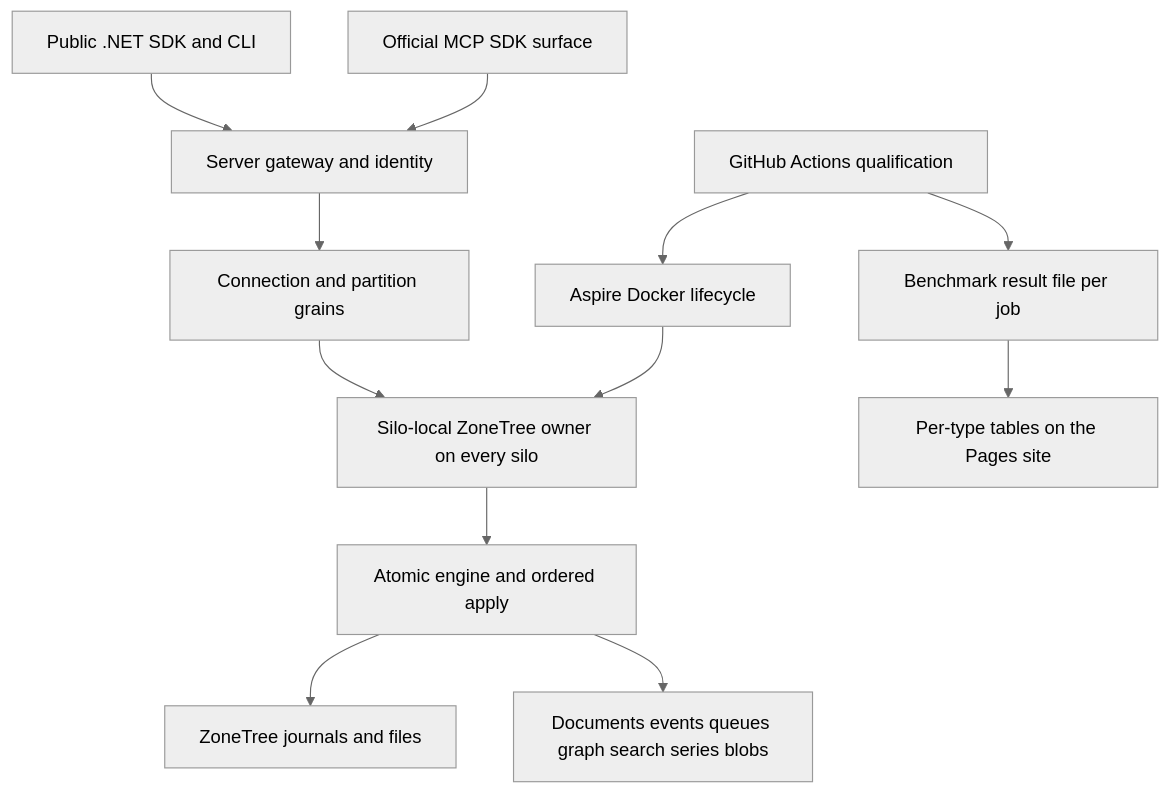
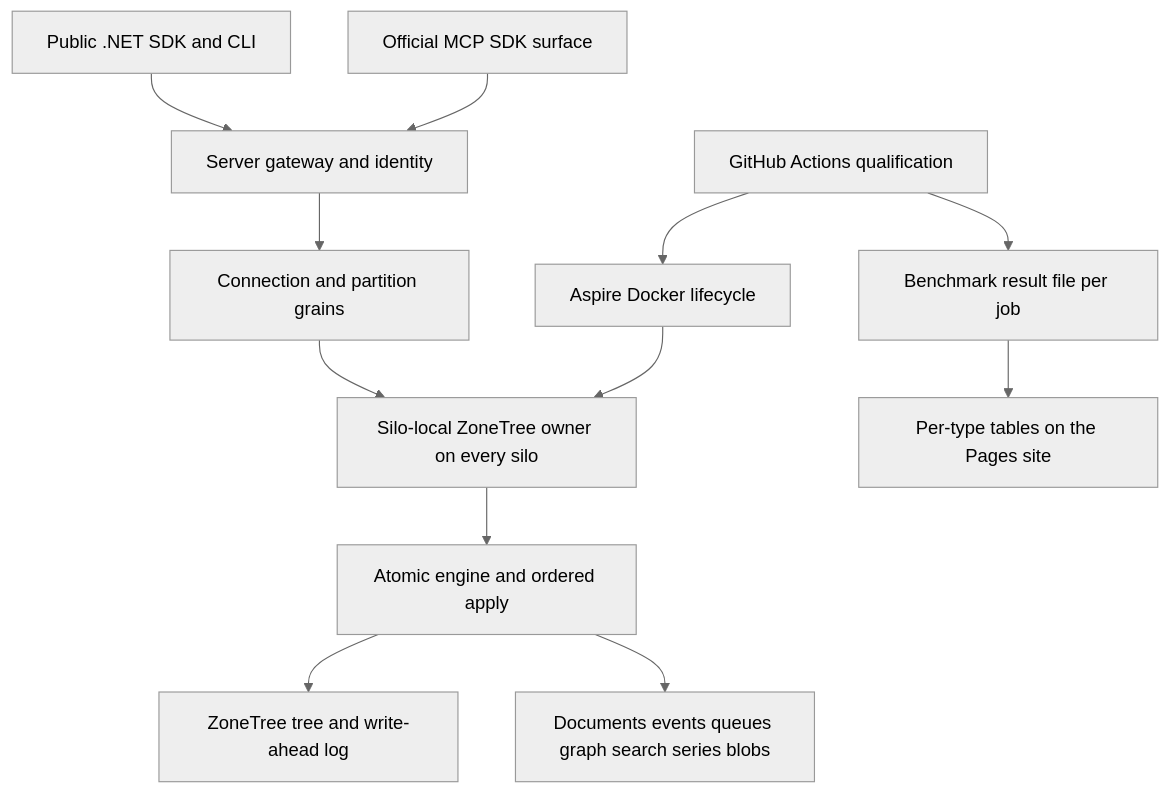
The fourth of 26 diagrams in docs/Architecture.md (managedcode/KeyLoad), drawn with Mermaid (neutral theme) before and after one commit. The commit also changed other lines of this file and 1072 other files, not shown here.

First line of the commit message:
Use native ZoneTree storage, snapshots and backup operations

````diff
--- a/docs/Architecture.md
+++ b/docs/Architecture.md
@@ -247,14 +247,14 @@
 ```mermaid
 flowchart TB
     SDK[Public .NET SDK and CLI] --> Server[Server gateway and identity]
     MCP[Official MCP SDK surface] --> Server
     Server --> Orleans[Connection and partition grains]
     Orleans --> Owners[Silo-local ZoneTree owner on every silo]
     Owners --> Core[Atomic engine and ordered apply]
-    Core --> Storage[ZoneTree journals and files]
+    Core --> Storage[ZoneTree tree and write-ahead log]
     Core --> Models[Documents events queues graph search series blobs]
     Aspire[Aspire Docker lifecycle] --> Owners
     CI[GitHub Actions qualification] --> Aspire
     CI --> JSON[Benchmark result file per job]
     JSON --> Site[Per-type tables on the Pages site]
 ```
````
